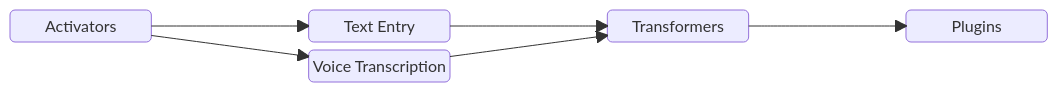
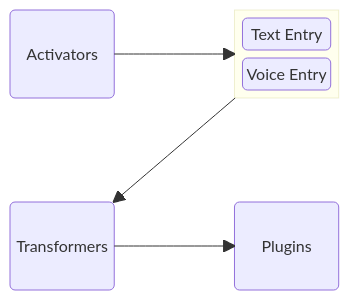
Before and after one commit to ViscousPot/vocode-community: the diagram in docs/index.md, drawn with Mermaid.

````diff
--- a/docs/index.md
+++ b/docs/index.md
@@ -13,12 +13,16 @@
 ```mermaid
 block-beta
-   columns 7
-   A("Activators") space B("Text Entry") space D("Transformers") space E("Plugins")
-   space space C("Voice Transcription") space space space space
-
-   A --> B
-   A --> C
-   B --> D
-   C --> D
+   columns 3
+   A("Activators") space 
+   block:input_methods
+     columns 1
+    B("Text Entry") 
+    C("Voice Entry")
+  end 
+  space space space
+   D("Transformers") space E("Plugins")
+   
+   A --> input_methods
+   input_methods --> D
    D --> E
 ```
````
